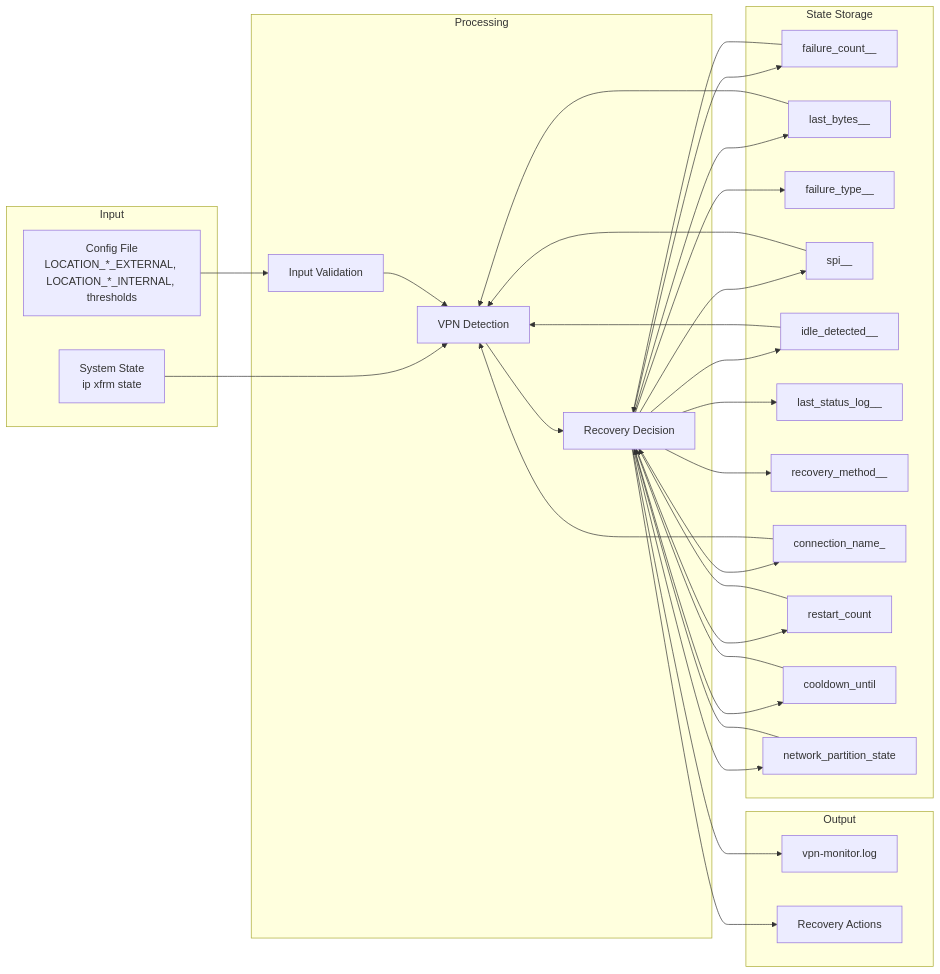
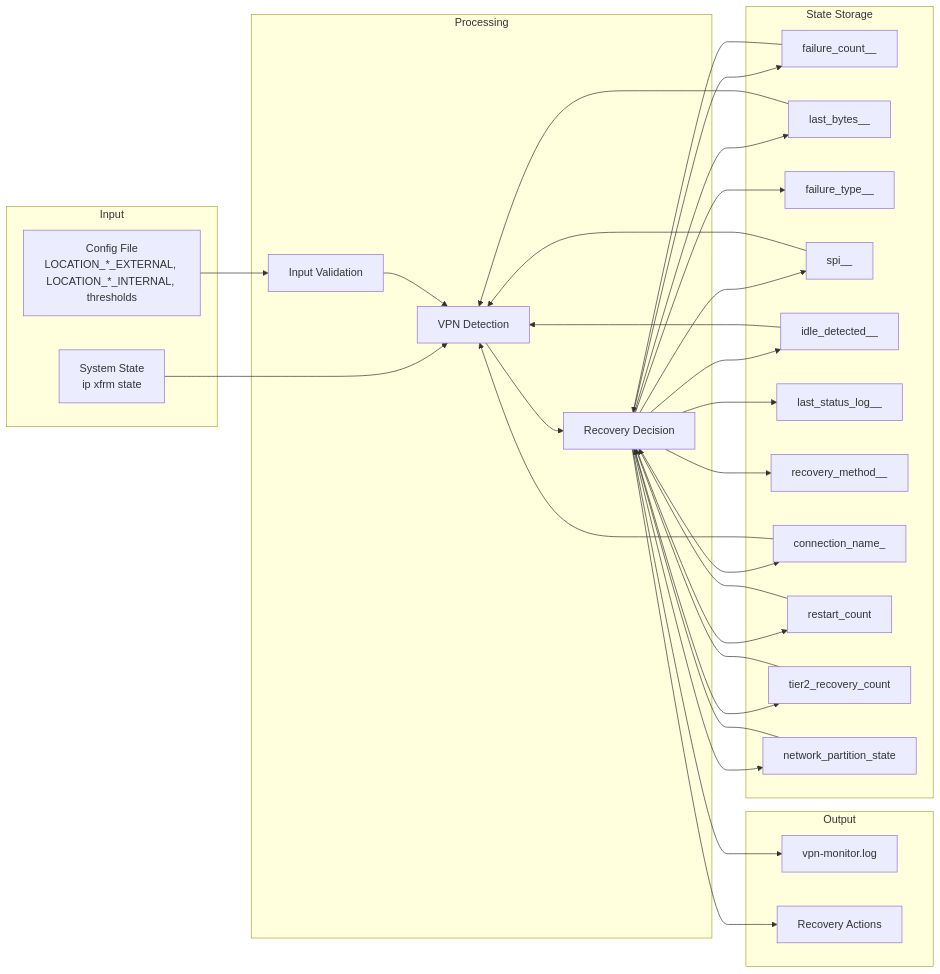
One commit to Eccentric-Quality-Solutions/udm-vpn-monitor changed the sixth of 7 diagrams in docs/reference/ARCHITECTURE.md. Above: the diagram before and after it, drawn with Mermaid. The commit also changed other lines of this file and 2 other files, not shown here.

First line of the commit message:
Sync reference docs with current architecture and Bash guidance

````diff
--- a/docs/reference/ARCHITECTURE.md
+++ b/docs/reference/ARCHITECTURE.md
@@ -573,58 +569,58 @@
 ```mermaid
 graph LR
     subgraph "Input"
         ConfigFile[Config File<br/>LOCATION_*_EXTERNAL, LOCATION_*_INTERNAL, thresholds]
         XfrmState[System State<br/>ip xfrm state]
     end
 
     subgraph "Processing"
         Validation[Input Validation]
         Detection[VPN Detection]
         Decision[Recovery Decision]
     end
 
     subgraph "State Storage"
         FailureCounter[failure_count_<location>_<peer_ip>]
         ByteFiles[last_bytes_<location>_<peer_ip>]
         FailureType[failure_type_<location>_<peer_ip>]
         SPI[spi_<location>_<peer_ip>]
         IdleDetected[idle_detected_<location>_<peer_ip>]
         LastStatusLog[last_status_log_<location>_<peer_ip>]
         RecoveryMethod[recovery_method_<location>_<peer_ip>]
         ConnectionName[connection_name_<peer_ip>]
         RestartLog[restart_count]
-        CooldownFile[cooldown_until]
+        Tier2RestartLog[tier2_recovery_count]
         NetworkPartition[network_partition_state]
     end
 
     subgraph "Output"
         LogFile[vpn-monitor.log]
         Actions[Recovery Actions]
     end
 
     ConfigFile --> Validation
     XfrmState --> Detection
     Validation --> Detection
     Detection --> Decision
     Decision --> FailureCounter
     Decision --> ByteFiles
     Decision --> FailureType
     Decision --> SPI
     Decision --> IdleDetected
     Decision --> LastStatusLog
     Decision --> RecoveryMethod
     Decision --> ConnectionName
     Decision --> RestartLog
-    Decision --> CooldownFile
+    Decision --> Tier2RestartLog
     Decision --> NetworkPartition
     Decision --> LogFile
     Decision --> Actions
     FailureCounter --> Decision
     ByteFiles --> Detection
     SPI --> Detection
     IdleDetected --> Detection
     ConnectionName --> Detection
     RestartLog --> Decision
-    CooldownFile --> Decision
+    Tier2RestartLog --> Decision
     NetworkPartition --> Decision
 ```
````
